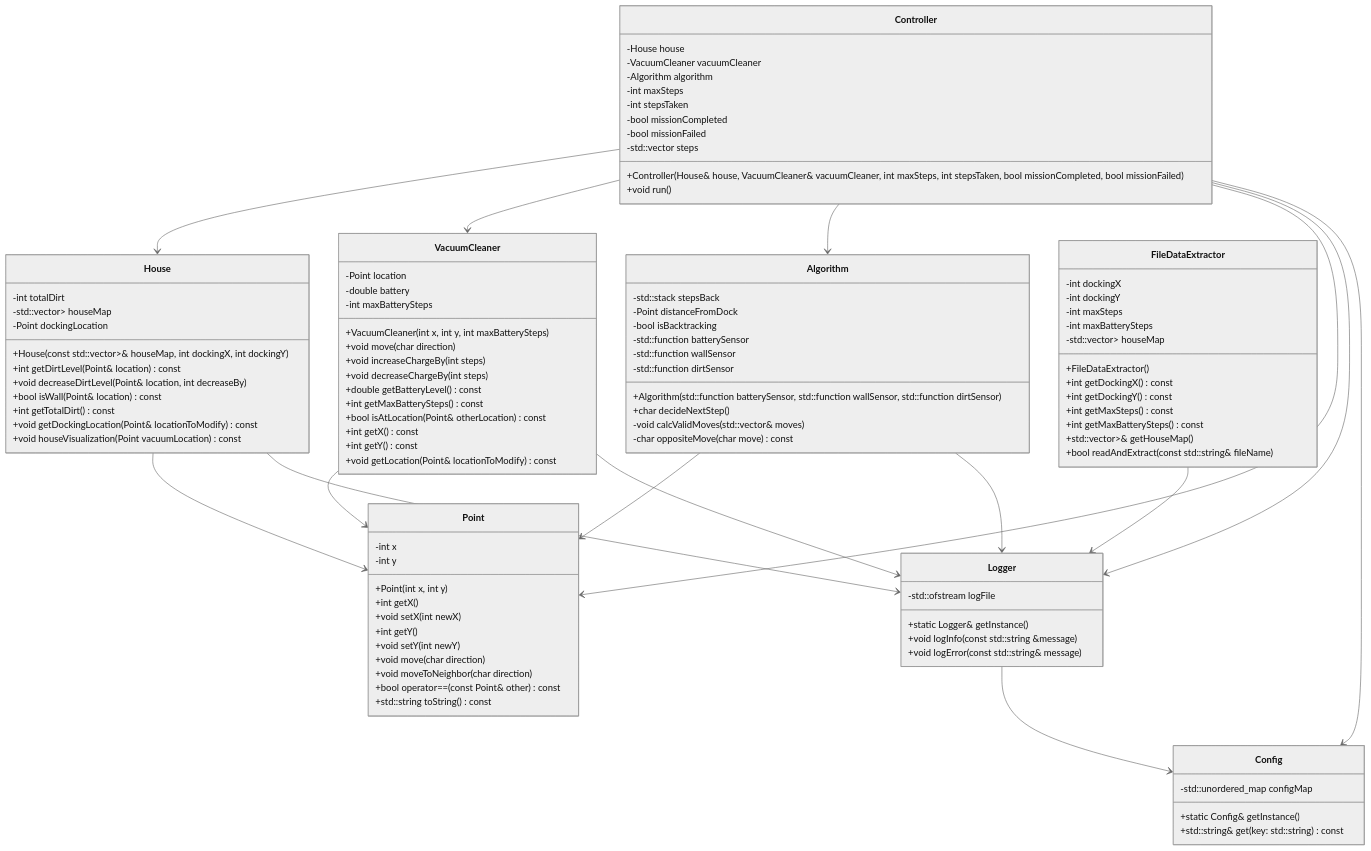
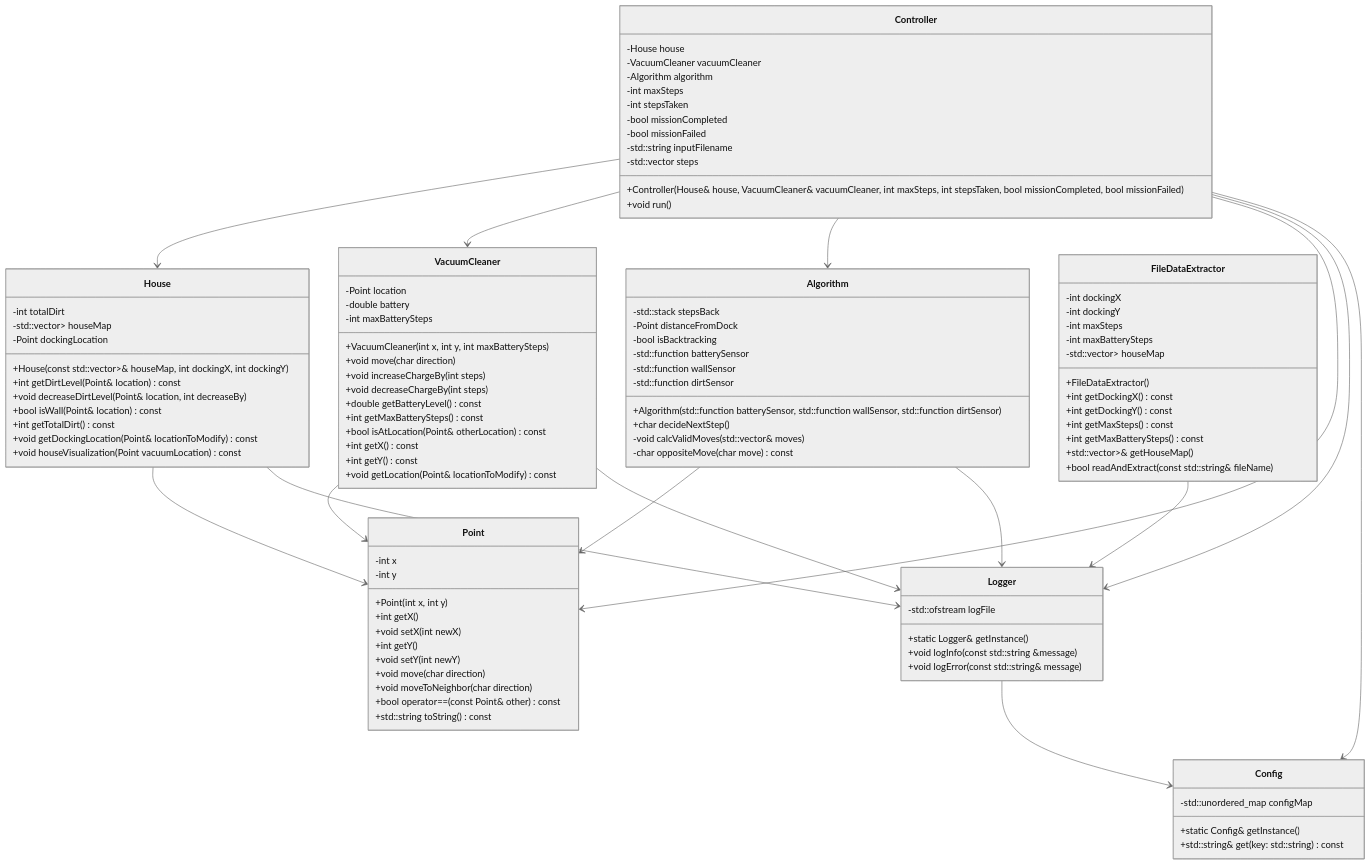
Before and after one commit to AmitRockBear/Advanced_Topics_In_Programming_hw1: the diagram in mermaid/classDiagram.mmd, drawn with Mermaid (neutral theme). The commit also changed 2 other files, not shown here.

Commit message:
Update README and mermaid

```diff
--- a/mermaid/classDiagram.mmd
+++ b/mermaid/classDiagram.mmd
@@ -1,112 +1,113 @@
 classDiagram
     class Algorithm {
         +Algorithm(std::function<double()> batterySensor, std::function<bool(char)> wallSensor, std::function<int(char)> dirtSensor)
         +char decideNextStep()
         -void calcValidMoves(std::vector<char>& moves)
         -char oppositeMove(char move) const
         -std::stack<char> stepsBack
         -Point distanceFromDock
         -bool isBacktracking
         -std::function<double> batterySensor
         -std::function<bool,char> wallSensor
         -std::function<int,char> dirtSensor
     }
 
     class Point {
         -int x
         -int y
         +Point(int x, int y)
         +int getX()
         +void setX(int newX)
         +int getY()
         +void setY(int newY)
         +void move(char direction)
         +void moveToNeighbor(char direction)
         +bool operator==(const Point& other) const
         +std::string toString() const
     }
 
     class VacuumCleaner {
         -Point location
         -double battery
         -int maxBatterySteps
         +VacuumCleaner(int x, int y, int maxBatterySteps)
         +void move(char direction)
         +void increaseChargeBy(int steps)
         +void decreaseChargeBy(int steps)
         +double getBatteryLevel() const
         +int getMaxBatterySteps() const
         +bool isAtLocation(Point& otherLocation) const
         +int getX() const
         +int getY() const
         +void getLocation(Point& locationToModify) const
     }
 
     class House {
         -int totalDirt
         -std::vector<std::vector<int>> houseMap
         -Point dockingLocation
         +House(const std::vector<std::vector<int>>& houseMap, int dockingX, int dockingY)
         +int getDirtLevel(Point& location) const
         +void decreaseDirtLevel(Point& location, int decreaseBy)
         +bool isWall(Point& location) const
         +int getTotalDirt() const
         +void getDockingLocation(Point& locationToModify) const
         +void houseVisualization(Point vacuumLocation) const
     }
 
     class FileDataExtractor {
         -int dockingX
         -int dockingY
         -int maxSteps
         -int maxBatterySteps
         -std::vector<std::vector<int>> houseMap
         +FileDataExtractor()
         +int getDockingX() const
         +int getDockingY() const
         +int getMaxSteps() const
         +int getMaxBatterySteps() const
         +std::vector<std::vector<int>>& getHouseMap()
         +bool readAndExtract(const std::string& fileName)
     }
 
     class Controller {
         -House house
         -VacuumCleaner vacuumCleaner
         -Algorithm algorithm
         -int maxSteps
         -int stepsTaken
         -bool missionCompleted
         -bool missionFailed
+        -std::string inputFilename
         -std::vector<char> steps
         +Controller(House& house, VacuumCleaner& vacuumCleaner, int maxSteps, int stepsTaken, bool missionCompleted, bool missionFailed)
         +void run()
     }
 
     class Logger {
         -std::ofstream logFile
         +static Logger& getInstance() 
         +void logInfo(const std::string &message)
         +void logError(const std::string& message)
     }
 
     class Config {
         -std::unordered_map<std::string, std::string> configMap
         +static Config& getInstance()
         +std::string& get(key: std::string) const
     }
 
     Algorithm --> Point
     Algorithm --> Logger
     FileDataExtractor --> Logger
     Controller --> House
     Controller --> VacuumCleaner
     Controller --> Algorithm
     Controller --> Point
     Controller --> Logger
     Controller --> Config
     House --> Point
     House --> Logger
     VacuumCleaner --> Point
     VacuumCleaner --> Logger
     Logger --> Config
```
